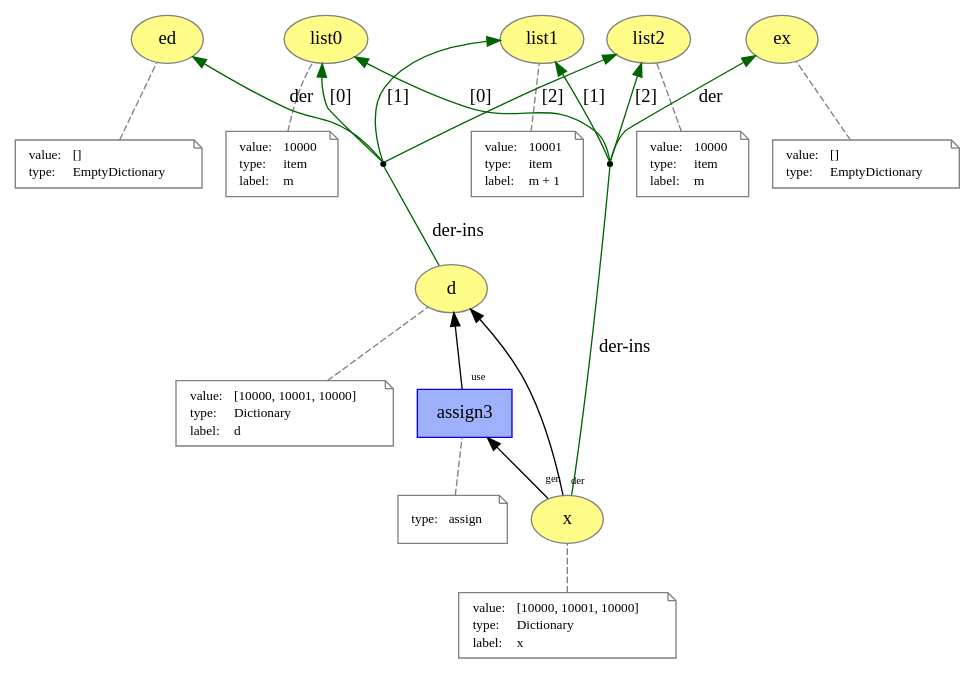
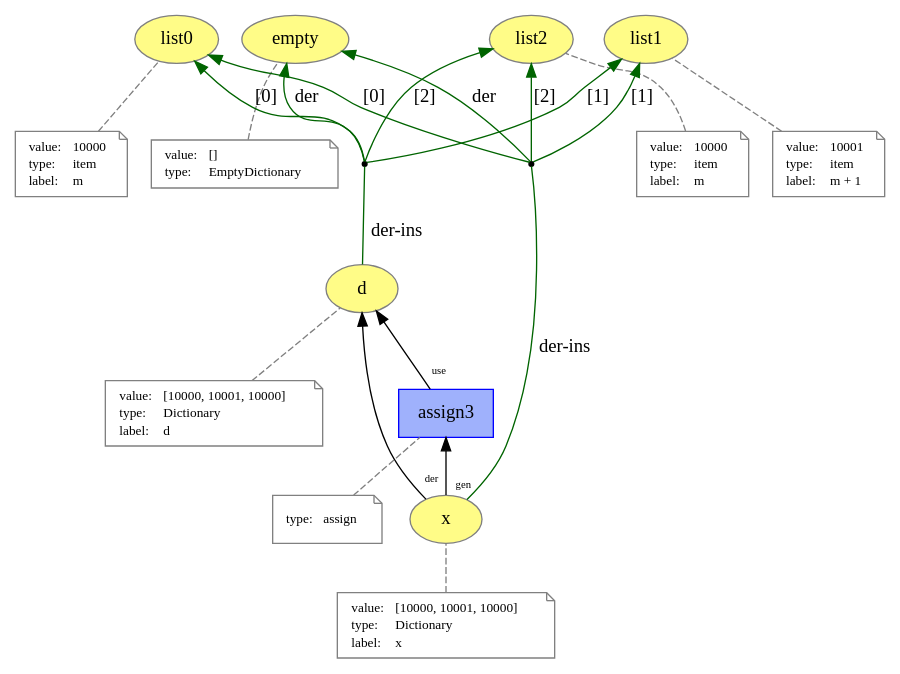
One commit to dew-uff/versioned-prov changed the diagram in images/prov_dictionary/list_assign2.dot. Above: the diagram before and after it, drawn with Graphviz. The commit also changed 31 other files, not shown here.

```diff
--- a/images/prov_dictionary/list_assign2.dot
+++ b/images/prov_dictionary/list_assign2.dot
@@ -1,129 +1,117 @@
 digraph "PROV" { size="16,12"; rankdir="BT";
-"http://example.org/ed" [fillcolor="#FFFC87",color="#808080",style="filled",label="ed",URL="http://example.org/ed"]
+"http://example.org/empty" [fillcolor="#FFFC87",color="#808080",style="filled",label="empty",URL="http://example.org/empty"]
 "-attrs0" [color="gray",shape="note",fontsize="10",fontcolor="black",label=<<TABLE cellpadding="0" border="0">
 	<TR>
 	    <TD align="left">value:</TD>
 	    <TD align="left">[]</TD>
 	</TR>
 	<TR>
 	    <TD align="left">type:</TD>
 	    <TD align="left">EmptyDictionary</TD>
 	</TR>
 </TABLE>>]
-"-attrs0" -> "http://example.org/ed" [color="gray",style="dashed",arrowhead="none"]
+"-attrs0" -> "http://example.org/empty" [color="gray",style="dashed",arrowhead="none"]
 "http://example.org/d" [fillcolor="#FFFC87",color="#808080",style="filled",label="d",URL="http://example.org/d"]
 "-attrs1" [color="gray",shape="note",fontsize="10",fontcolor="black",label=<<TABLE cellpadding="0" border="0">
 	<TR>
 	    <TD align="left">value:</TD>
 	    <TD align="left">[10000, 10001, 10000]</TD>
 	</TR>
 	<TR>
 	    <TD align="left">type:</TD>
 	    <TD align="left">Dictionary</TD>
 	</TR>
 	<TR>
 	    <TD align="left">label:</TD>
 	    <TD align="left">d</TD>
 	</TR>
 </TABLE>>]
 "-attrs1" -> "http://example.org/d" [color="gray",style="dashed",arrowhead="none"]
 "http://example.org/list0" [fillcolor="#FFFC87",color="#808080",style="filled",label="list0",URL="http://example.org/list0"]
 "-attrs2" [color="gray",shape="note",fontsize="10",fontcolor="black",label=<<TABLE cellpadding="0" border="0">
 	<TR>
 	    <TD align="left">value:</TD>
 	    <TD align="left">10000</TD>
 	</TR>
 	<TR>
 	    <TD align="left">type:</TD>
 	    <TD align="left">item</TD>
 	</TR>
 	<TR>
 	    <TD align="left">label:</TD>
 	    <TD align="left">m</TD>
 	</TR>
 </TABLE>>]
 "-attrs2" -> "http://example.org/list0" [color="gray",style="dashed",arrowhead="none"]
 "http://example.org/list1" [fillcolor="#FFFC87",color="#808080",style="filled",label="list1",URL="http://example.org/list1"]
 "-attrs3" [color="gray",shape="note",fontsize="10",fontcolor="black",label=<<TABLE cellpadding="0" border="0">
 	<TR>
 	    <TD align="left">value:</TD>
 	    <TD align="left">10001</TD>
 	</TR>
 	<TR>
 	    <TD align="left">type:</TD>
 	    <TD align="left">item</TD>
 	</TR>
 	<TR>
 	    <TD align="left">label:</TD>
 	    <TD align="left">m + 1</TD>
 	</TR>
 </TABLE>>]
 "-attrs3" -> "http://example.org/list1" [color="gray",style="dashed",arrowhead="none"]
 "http://example.org/list2" [fillcolor="#FFFC87",color="#808080",style="filled",label="list2",URL="http://example.org/list2"]
 "-attrs4" [color="gray",shape="note",fontsize="10",fontcolor="black",label=<<TABLE cellpadding="0" border="0">
 	<TR>
 	    <TD align="left">value:</TD>
 	    <TD align="left">10000</TD>
 	</TR>
 	<TR>
 	    <TD align="left">type:</TD>
 	    <TD align="left">item</TD>
 	</TR>
 	<TR>
 	    <TD align="left">label:</TD>
 	    <TD align="left">m</TD>
 	</TR>
 </TABLE>>]
 "-attrs4" -> "http://example.org/list2" [color="gray",style="dashed",arrowhead="none"]
 "bn0" [shape="point",label=""]
 "http://example.org/d" -> "bn0" [labelfontsize="8",labeldistance="1.5",color="darkgreen",labelangle="60.0",rotation="20",label="der-ins",arrowhead="none"]
-"bn0" -> "http://example.org/ed" [labelfontsize="8",labeldistance="1.5",color="darkgreen",labelangle="60.0",rotation="20",label="der"]
+"bn0" -> "http://example.org/empty" [labelfontsize="8",labeldistance="1.5",color="darkgreen",labelangle="60.0",rotation="20",label="der"]
 "bn0" -> "http://example.org/list0" [labelfontsize="8",labeldistance="1.5",color="darkgreen",labelangle="60.0",rotation="20",label="[0]"]
 "bn0" -> "http://example.org/list1" [labelfontsize="8",labeldistance="1.5",color="darkgreen",labelangle="60.0",rotation="20",label="[1]"]
 "bn0" -> "http://example.org/list2" [labelfontsize="8",labeldistance="1.5",color="darkgreen",labelangle="60.0",rotation="20",label="[2]"]
-"http://example.org/ex" [fillcolor="#FFFC87",color="#808080",style="filled",label="ex",URL="http://example.org/ex"]
+"http://example.org/x" [fillcolor="#FFFC87",color="#808080",style="filled",label="x",URL="http://example.org/x"]
 "-attrs5" [color="gray",shape="note",fontsize="10",fontcolor="black",label=<<TABLE cellpadding="0" border="0">
-	<TR>
-	    <TD align="left">value:</TD>
-	    <TD align="left">[]</TD>
-	</TR>
-	<TR>
-	    <TD align="left">type:</TD>
-	    <TD align="left">EmptyDictionary</TD>
-	</TR>
-</TABLE>>]
-"-attrs5" -> "http://example.org/ex" [color="gray",style="dashed",arrowhead="none"]
-"http://example.org/x" [fillcolor="#FFFC87",color="#808080",style="filled",label="x",URL="http://example.org/x"]
-"-attrs6" [color="gray",shape="note",fontsize="10",fontcolor="black",label=<<TABLE cellpadding="0" border="0">
 	<TR>
 	    <TD align="left">value:</TD>
 	    <TD align="left">[10000, 10001, 10000]</TD>
 	</TR>
 	<TR>
 	    <TD align="left">type:</TD>
 	    <TD align="left">Dictionary</TD>
 	</TR>
 	<TR>
 	    <TD align="left">label:</TD>
 	    <TD align="left">x</TD>
 	</TR>
 </TABLE>>]
-"-attrs6" -> "http://example.org/x" [color="gray",style="dashed",arrowhead="none"]
+"-attrs5" -> "http://example.org/x" [color="gray",style="dashed",arrowhead="none"]
 "bn1" [shape="point",label=""]
 "http://example.org/x" -> "bn1" [labelfontsize="8",labeldistance="1.5",color="darkgreen",labelangle="60.0",rotation="20",label="der-ins",arrowhead="none"]
-"bn1" -> "http://example.org/ex" [labelfontsize="8",labeldistance="1.5",color="darkgreen",labelangle="60.0",rotation="20",label="der"]
+"bn1" -> "http://example.org/empty" [labelfontsize="8",labeldistance="1.5",color="darkgreen",labelangle="60.0",rotation="20",label="der"]
 "bn1" -> "http://example.org/list0" [labelfontsize="8",labeldistance="1.5",color="darkgreen",labelangle="60.0",rotation="20",label="[0]"]
 "bn1" -> "http://example.org/list1" [labelfontsize="8",labeldistance="1.5",color="darkgreen",labelangle="60.0",rotation="20",label="[1]"]
 "bn1" -> "http://example.org/list2" [labelfontsize="8",labeldistance="1.5",color="darkgreen",labelangle="60.0",rotation="20",label="[2]"]
 "http://example.org/assign3" [fillcolor="#9FB1FC",color="#0000FF",shape="polygon",sides="4",style="filled",label="assign3",URL="http://example.org/assign3"]
-"-attrs7" [color="gray",shape="note",fontsize="10",fontcolor="black",label=<<TABLE cellpadding="0" border="0">
+"-attrs6" [color="gray",shape="note",fontsize="10",fontcolor="black",label=<<TABLE cellpadding="0" border="0">
 	<TR>
 	    <TD align="left">type:</TD>
 	    <TD align="left">assign</TD>
 	</TR>
 </TABLE>>]
-"-attrs7" -> "http://example.org/assign3" [color="gray",style="dashed",arrowhead="none"]
+"-attrs6" -> "http://example.org/assign3" [color="gray",style="dashed",arrowhead="none"]
 "http://example.org/assign3" -> "http://example.org/d" [labelfontsize="8",labeldistance="1.5",labelangle="60.0",rotation="20",taillabel="use"]
 "http://example.org/x" -> "http://example.org/assign3" [labelfontsize="8",labeldistance="1.5",labelangle="60.0",rotation="20",taillabel="gen"]
 "http://example.org/x" -> "http://example.org/d" [labelfontsize="8",labeldistance="1.5",labelangle="60.0",rotation="20",taillabel="der"]
 }
```
